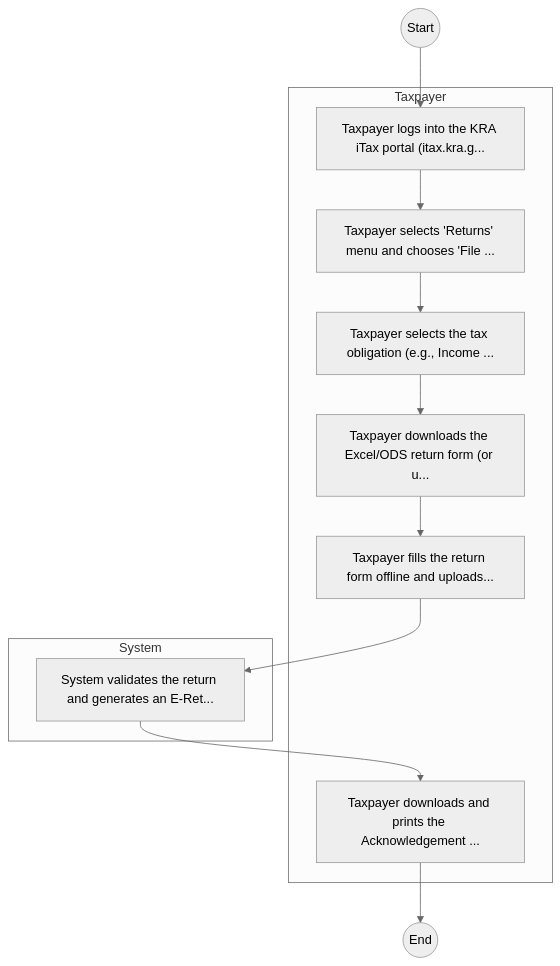
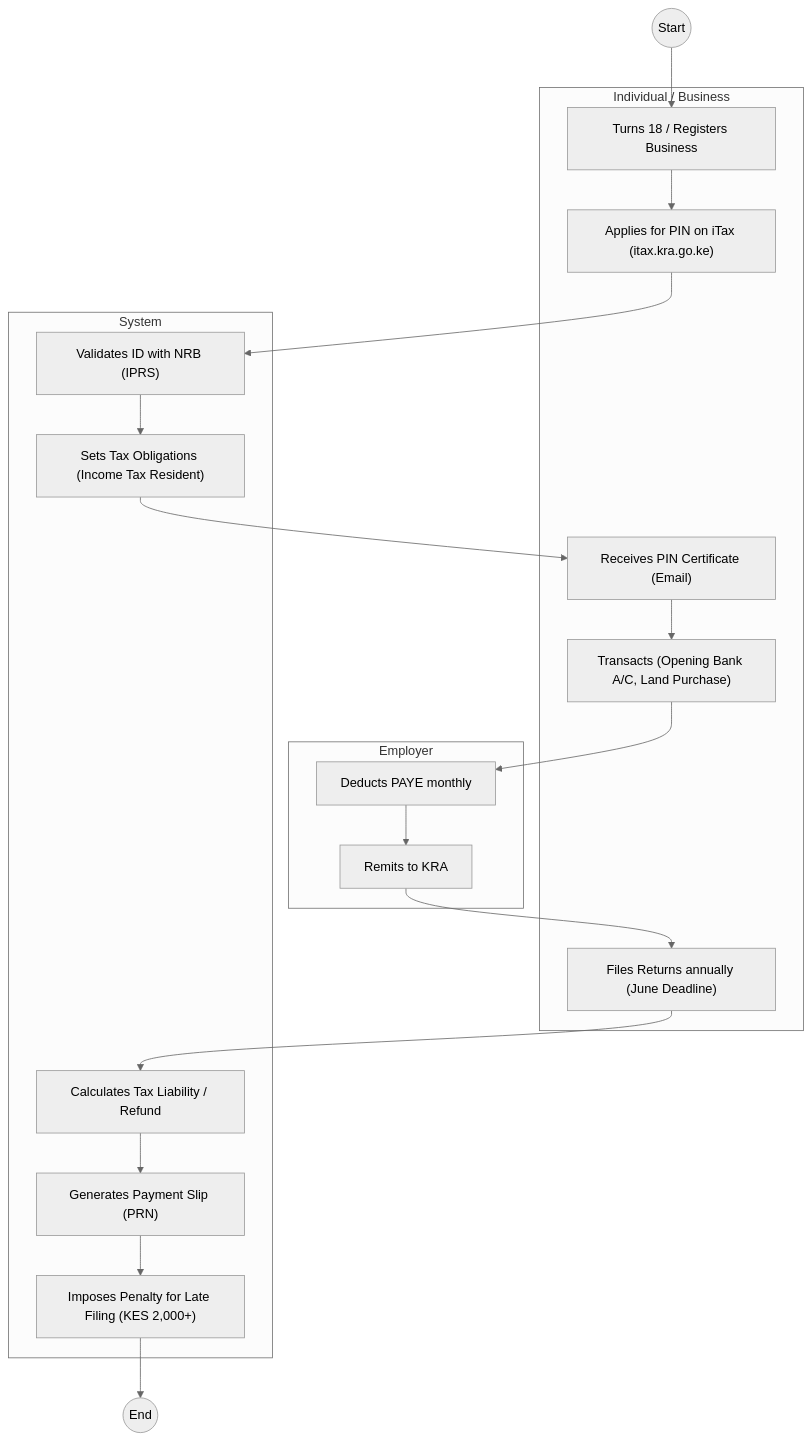
One commit to BITZ-IT-Consulting-LTD/ictapoc changed the first of 2 diagrams in mdas/docs_final/KENYA_REVENUE_AUTHORITY_KRA____Tax_Return_Filing.md. Above: the diagram before and after it, drawn with Mermaid (neutral theme). The commit also changed other lines of this file and 60 other files, not shown here.

````diff
--- a/mdas/docs_final/KENYA_REVENUE_AUTHORITY_KRA____Tax_Return_Filing.md
+++ b/mdas/docs_final/KENYA_REVENUE_AUTHORITY_KRA____Tax_Return_Filing.md
@@ -20,22 +20,35 @@
 ```mermaid
 graph TD
     Start((Start)) --> S1
-    subgraph Taxpayer [Taxpayer]
-        S1["Taxpayer logs into the KRA iTax portal (itax.kra.g..."]
-        S2["Taxpayer selects 'Returns' menu and chooses 'File ..."]
-        S3["Taxpayer selects the tax obligation (e.g., Income ..."]
-        S4["Taxpayer downloads the Excel/ODS return form (or u..."]
-        S5["Taxpayer fills the return form offline and uploads..."]
-        S7["Taxpayer downloads and prints the Acknowledgement ..."]
+    subgraph Taxpayer [Individual / Business]
+        S1["Turns 18 / Registers Business"]
+        S2["Applies for PIN on iTax (itax.kra.go.ke)"]
+        S3["Receives PIN Certificate (Email)"]
+        S4["Transacts (Opening Bank A/C, Land Purchase)"]
+        S5["Files Returns annually (June Deadline)"]
     end
-    subgraph System [System]
-        S6["System validates the return and generates an E-Ret..."]
+    subgraph iTax [System]
+        S2a["Validates ID with NRB (IPRS)"]
+        S2b["Sets Tax Obligations (Income Tax Resident)"]
+        S5a["Calculates Tax Liability / Refund"]
+        S6["Generates Payment Slip (PRN)"]
+        S7["Imposes Penalty for Late Filing (KES 2,000+)"]
     end
+    subgraph Employer [Employer]
+        S4a["Deducts PAYE monthly"]
+        S4b["Remits to KRA"]
+    end
+    
     S1 --> S2
-    S2 --> S3
+    S2 --> S2a
+    S2a --> S2b
+    S2b --> S3
     S3 --> S4
-    S4 --> S5
-    S5 --> S6
+    S4 --> S4a
+    S4a --> S4b
+    S4b --> S5
+    S5 --> S5a
+    S5a --> S6
     S6 --> S7
     S7 --> End((End))
 ```
````
